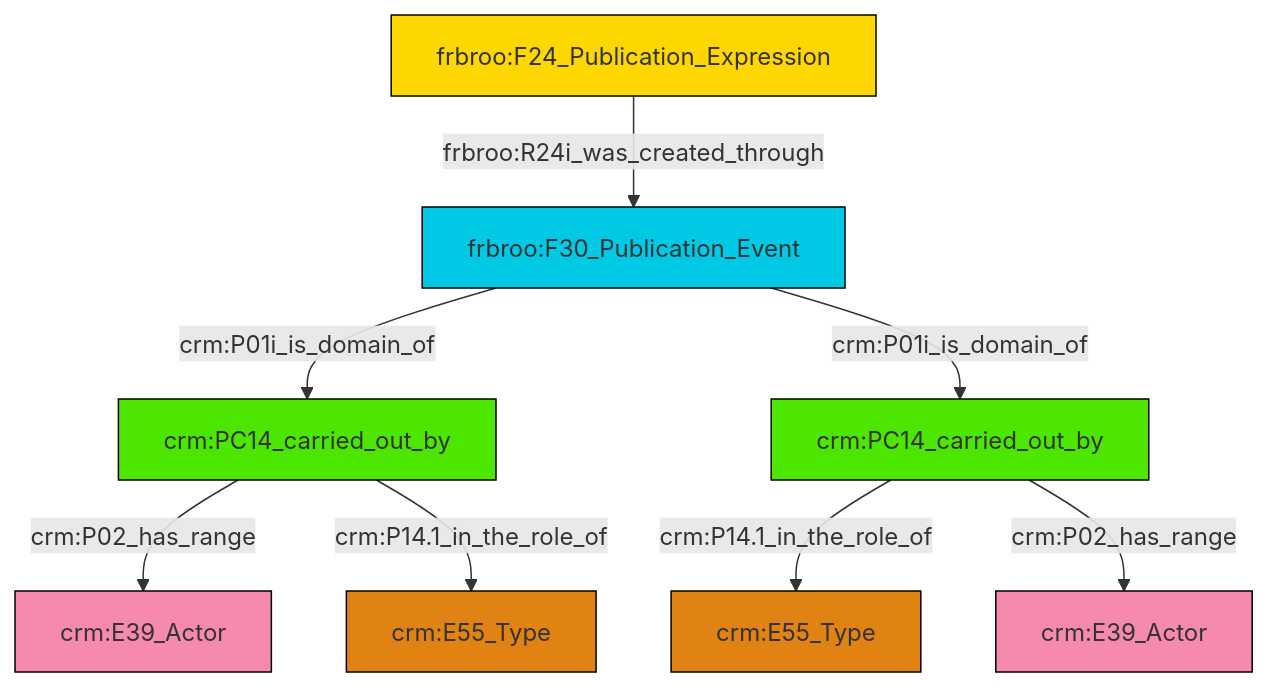
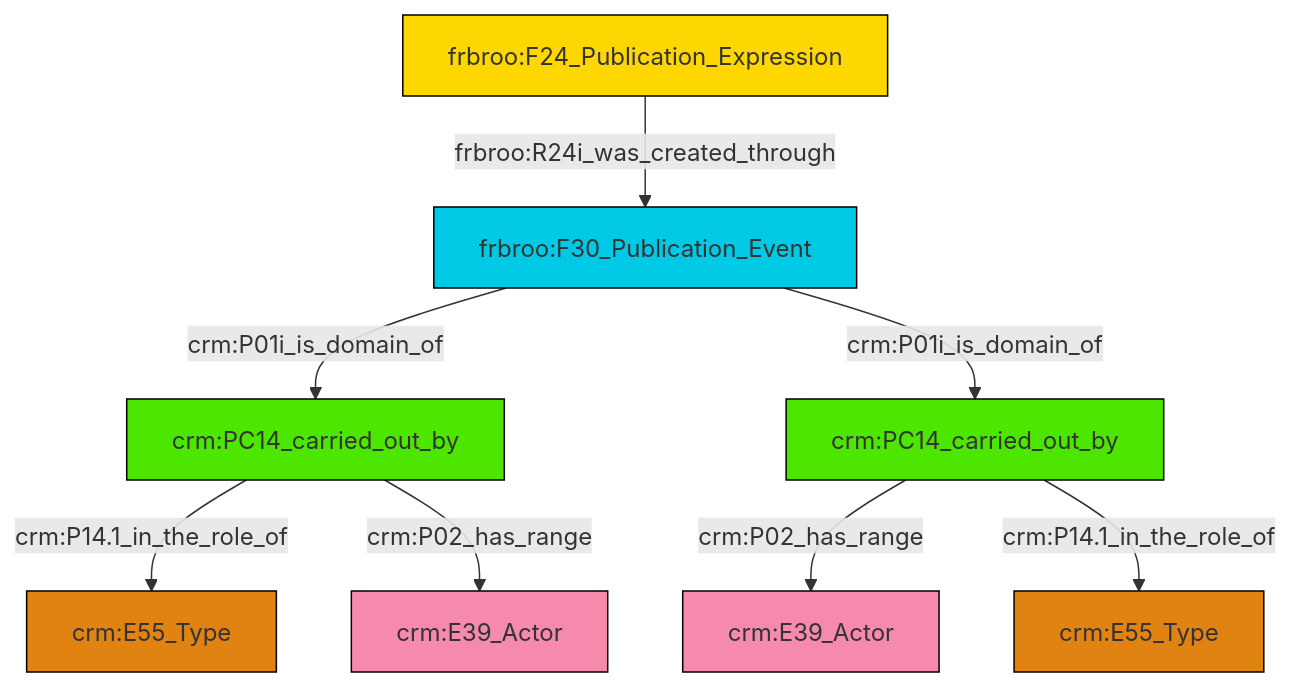
Before and after one commit to swiss-art-research-net/docs.swissartresearch: the diagram in et/biblioCSV/ttl/mmd/biblio_actor_relations.ttl.mmd, drawn with Mermaid. The commit also changed 173 other files, not shown here.

```diff
--- a/et/biblioCSV/ttl/mmd/biblio_actor_relations.ttl.mmd
+++ b/et/biblioCSV/ttl/mmd/biblio_actor_relations.ttl.mmd
@@ -1,22 +1,22 @@
 graph TD
 classDef Literal fill:#f2f2f2,stroke:#000000;
 classDef CRM_Entity fill:#FFFFFF,stroke:#000000;
 classDef Temporal_Entity fill:#00C9E6, stroke:#000000;
 classDef Type fill:#E18312, stroke:#000000;
 classDef Time-Span fill:#2C9C91, stroke:#000000;
 classDef Appellation fill:#FFEB7F, stroke:#000000;
 classDef Place fill:#008836, stroke:#000000;
 classDef Persistent_Item fill:#B266B2, stroke:#000000;
 classDef Conceptual_Object fill:#FFD700, stroke:#000000;
 classDef Physical_Thing fill:#D2B48C, stroke:#000000;
 classDef Actor fill:#f58aad, stroke:#000000;
 classDef PC_Classes fill:#4ce600, stroke:#000000;
 classDef Multi fill:#cccccc,stroke:#000000;
 
-2["frbroo:F30_Publication_Event"]:::Temporal_Entity -->|crm:P01i_is_domain_of| 3["crm:PC14_carried_out_by"]:::PC_Classes
-3["crm:PC14_carried_out_by"]:::PC_Classes -->|crm:P02_has_range| 6["crm:E39_Actor"]:::Actor
-9["frbroo:F24_Publication_Expression"]:::Conceptual_Object -->|frbroo:R24i_was_created_through| 2["frbroo:F30_Publication_Event"]:::Temporal_Entity
-7["crm:PC14_carried_out_by"]:::PC_Classes -->|crm:P14.1_in_the_role_of| 10["crm:E55_Type"]:::Type
-2["frbroo:F30_Publication_Event"]:::Temporal_Entity -->|crm:P01i_is_domain_of| 7["crm:PC14_carried_out_by"]:::PC_Classes
-7["crm:PC14_carried_out_by"]:::PC_Classes -->|crm:P02_has_range| 4["crm:E39_Actor"]:::Actor
-3["crm:PC14_carried_out_by"]:::PC_Classes -->|crm:P14.1_in_the_role_of| 0["crm:E55_Type"]:::Type
+0["crm:PC14_carried_out_by"]:::PC_Classes -->|crm:P14.1_in_the_role_of| 1["crm:E55_Type"]:::Type
+4["crm:PC14_carried_out_by"]:::PC_Classes -->|crm:P02_has_range| 7["crm:E39_Actor"]:::Actor
+8["frbroo:F24_Publication_Expression"]:::Conceptual_Object -->|frbroo:R24i_was_created_through| 10["frbroo:F30_Publication_Event"]:::Temporal_Entity
+0["crm:PC14_carried_out_by"]:::PC_Classes -->|crm:P02_has_range| 2["crm:E39_Actor"]:::Actor
+10["frbroo:F30_Publication_Event"]:::Temporal_Entity -->|crm:P01i_is_domain_of| 0["crm:PC14_carried_out_by"]:::PC_Classes
+4["crm:PC14_carried_out_by"]:::PC_Classes -->|crm:P14.1_in_the_role_of| 11["crm:E55_Type"]:::Type
+10["frbroo:F30_Publication_Event"]:::Temporal_Entity -->|crm:P01i_is_domain_of| 4["crm:PC14_carried_out_by"]:::PC_Classes
```
